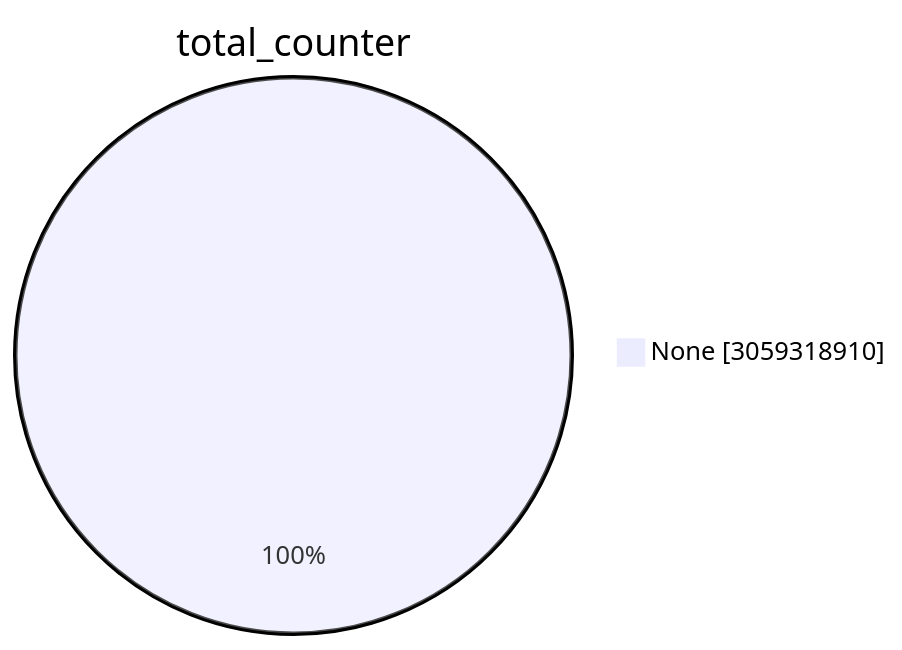
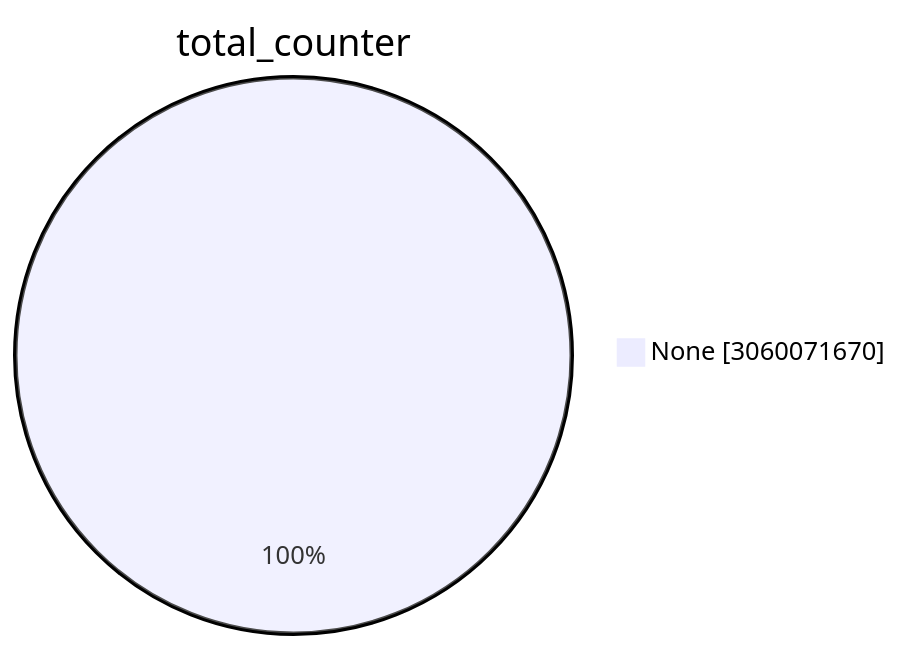
The first of 15 diagrams in TOTAL/README.md (christiankrug/ctmonitor_visualization), drawn with Mermaid before and after one commit. The commit also changed other lines of this file, not shown here.

````diff
--- a/TOTAL/README.md
+++ b/TOTAL/README.md
@@ -1,5 +1,5 @@
 ```mermaid
 pie showData
 title total_counter
-"None" :3059318910
+"None" :3060071670
 ```
````
